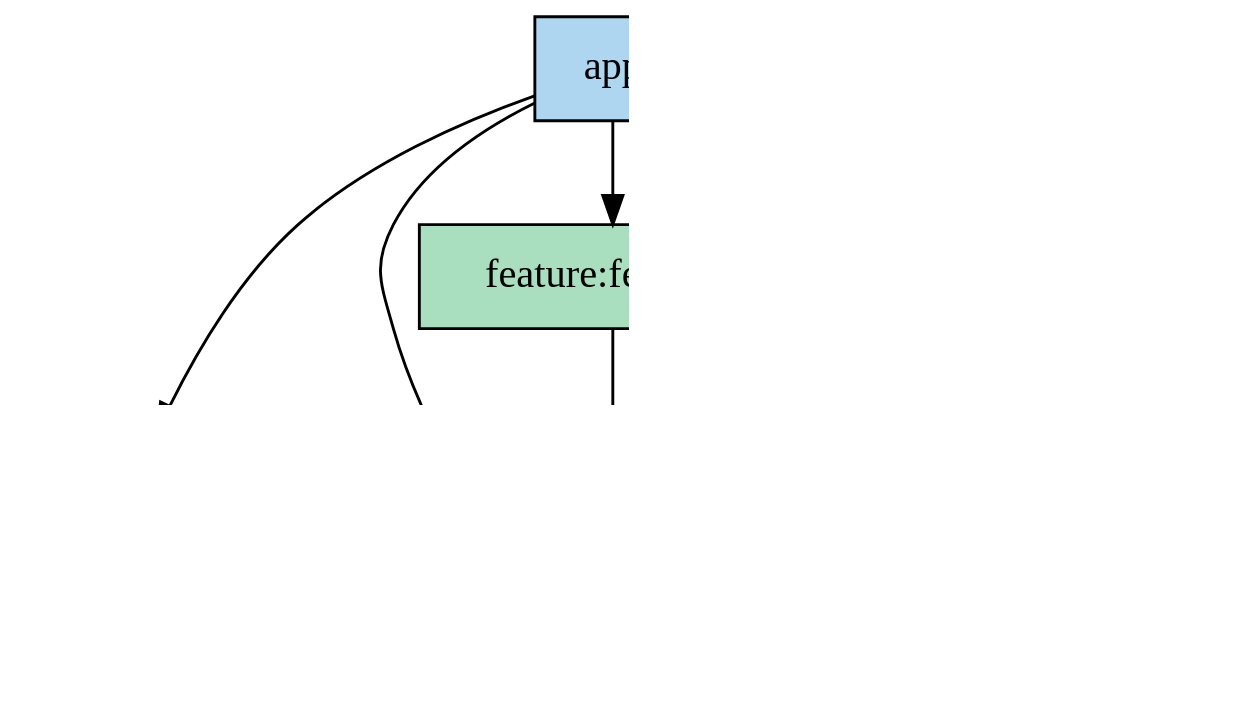
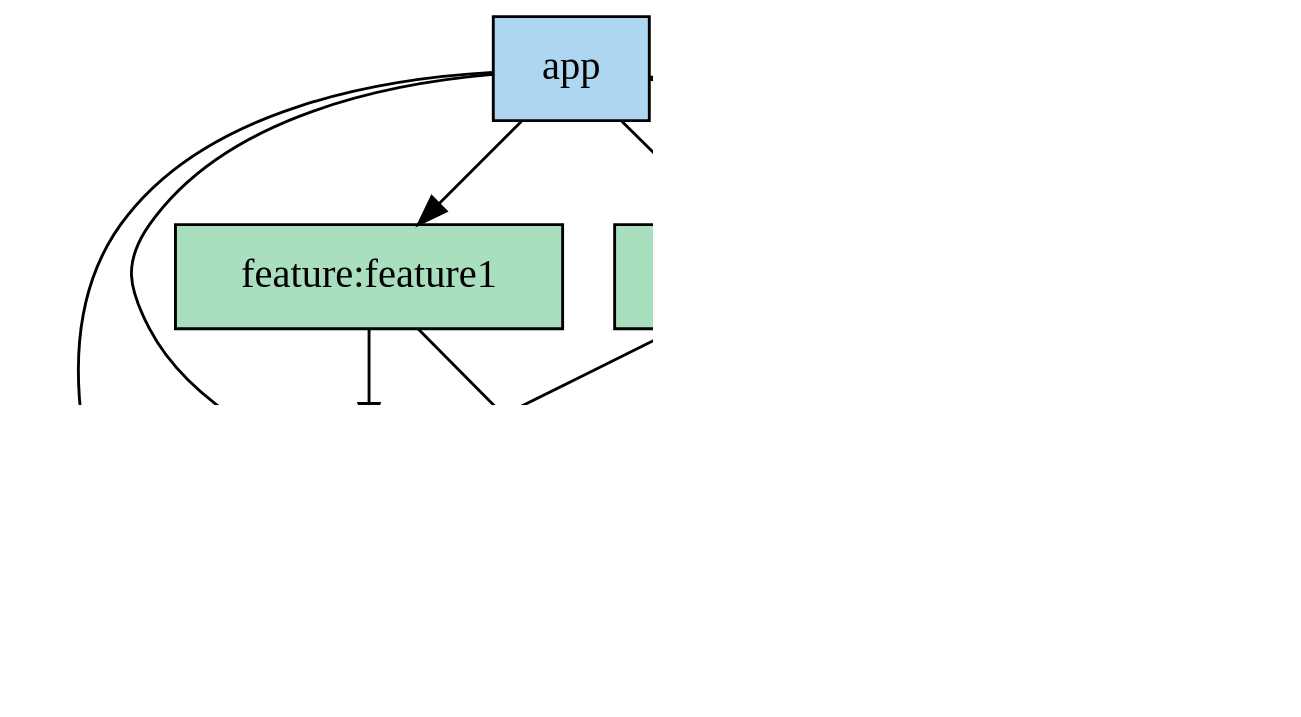
Before and after one commit to soma17th-369/Laimory-android: the diagram in docs/dependency-graph/modules.dot, drawn with Graphviz. The commit also changed 1 other file, not shown here.

```diff
--- a/docs/dependency-graph/modules.dot
+++ b/docs/dependency-graph/modules.dot
@@ -1,25 +1,28 @@
 digraph "modules" {
 edge ["dir"="forward"]
 graph ["dpi"="150" "rankdir"="TB"]
 node ["shape"="rectangle" "style"="filled"]
 
 "app" ["label"="app" "fillcolor"="#AED6F1"]
+"core-common" ["label"="core:common" "fillcolor"="#FAD7A0"]
 "core-data" ["label"="core:data" "fillcolor"="#FAD7A0"]
 "core-domain" ["label"="core:domain" "fillcolor"="#D2B4DE"]
 "core-ui" ["label"="core:ui" "fillcolor"="#FAD7A0"]
 "feature-feature1" ["label"="feature:feature1" "fillcolor"="#A9DFBF"]
 "feature-home" ["label"="feature:home" "fillcolor"="#A9DFBF"]
 
 // edges
+"app" -> "core-common"
 "app" -> "core-data"
 "app" -> "core-domain"
 "app" -> "core-ui"
 "app" -> "feature-feature1"
 "app" -> "feature-home"
 "core-data" -> "core-domain"
+"core-ui" -> "core-common"
 "core-ui" -> "core-domain"
 "feature-feature1" -> "core-domain"
 "feature-feature1" -> "core-ui"
 "feature-home" -> "core-domain"
 "feature-home" -> "core-ui"
 }
```
